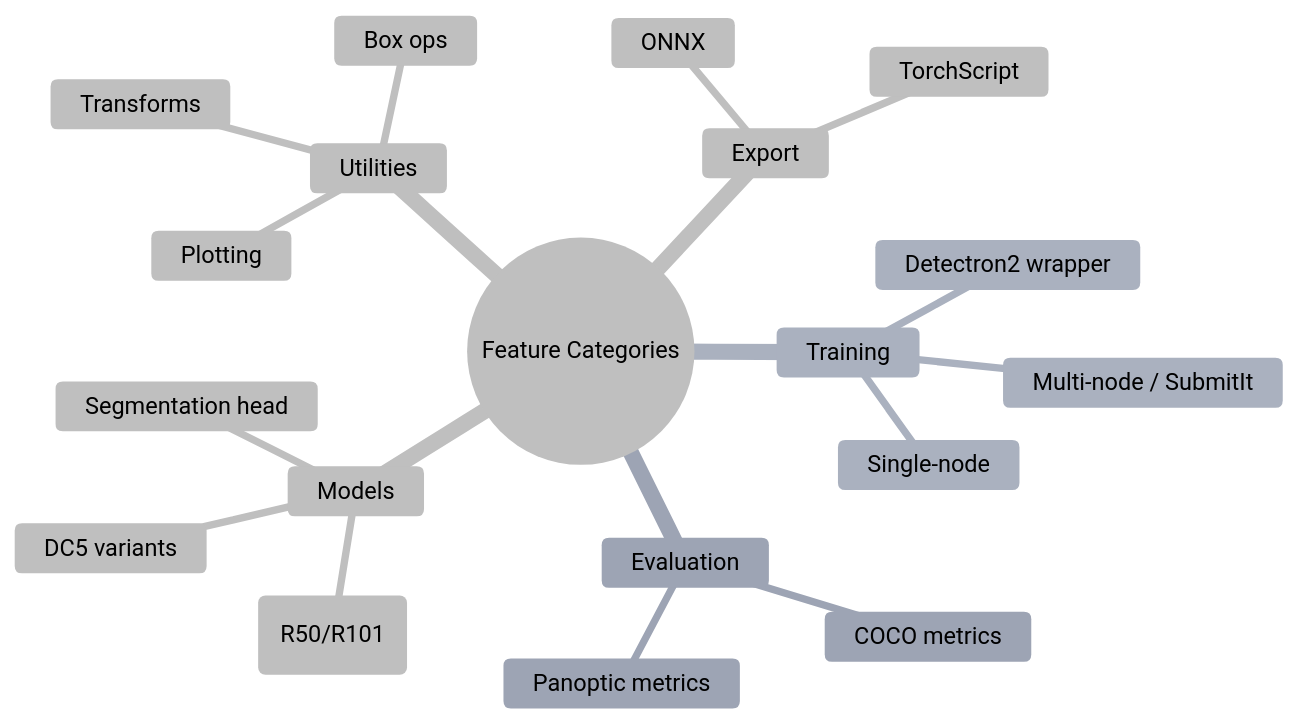
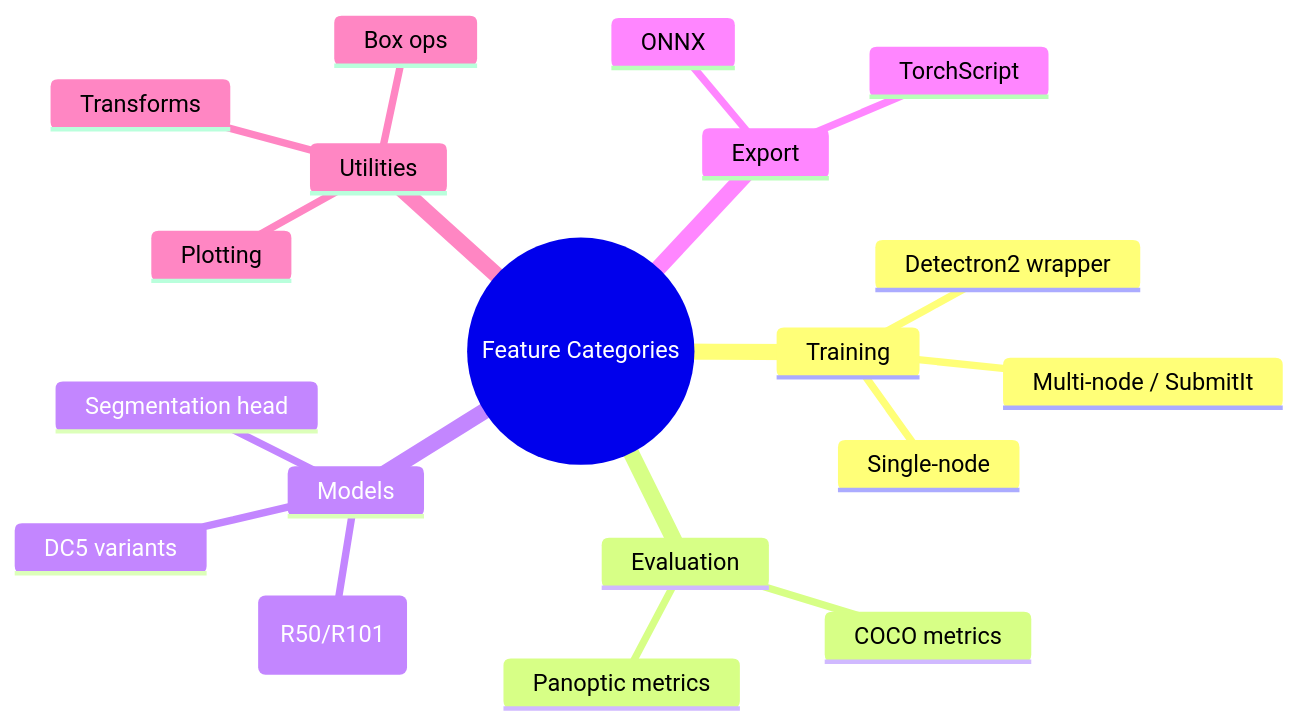
One commit to DarssiniRamesh/Object-detection changed the diagram in README.md. Above: the diagram before and after it, drawn with Mermaid. The commit also changed 2 other files, not shown here.

Commit message:
Checkpoint 7 - cmae5dbc1f

````diff
--- a/README.md
+++ b/README.md
@@ -30,39 +30,48 @@
 ```mermaid
 %%{init: {
   "theme": "base",
   "themeVariables": {
     "primaryTextColor": "#000000",
     "secondaryTextColor": "#000000",
     "tertiaryTextColor": "#000000",
+    "textColor": "#000000",
+
+    /*
+     * Mindmap renderer can require mindmap-specific variables to reliably control
+     * node label fill across different Markdown viewers/themes.
+     */
+    "nodeTextColor": "#000000",
+    "rootNodeTextColor": "#000000",
+
     "lineColor": "#6b7280",
 
     "primaryColor": "#ffffff",
     "secondaryColor": "#f3f4f6",
     "tertiaryColor": "#e5e7eb",
 
     "primaryBorderColor": "#9ca3af",
     "secondaryBorderColor": "#9ca3af",
     "tertiaryBorderColor": "#9ca3af"
   }
 }}%%
 mindmap
   root((Feature Categories))
     Training
       Single-node
       Multi-node / SubmitIt
       Detectron2 wrapper
     Evaluation
       COCO metrics
       Panoptic metrics
     Models
       DETR (R50/R101)
       DC5 variants
       Segmentation head
     Export
       TorchScript
       ONNX
     Utilities
       Plotting
       Box ops
       Transforms
 ```
````
